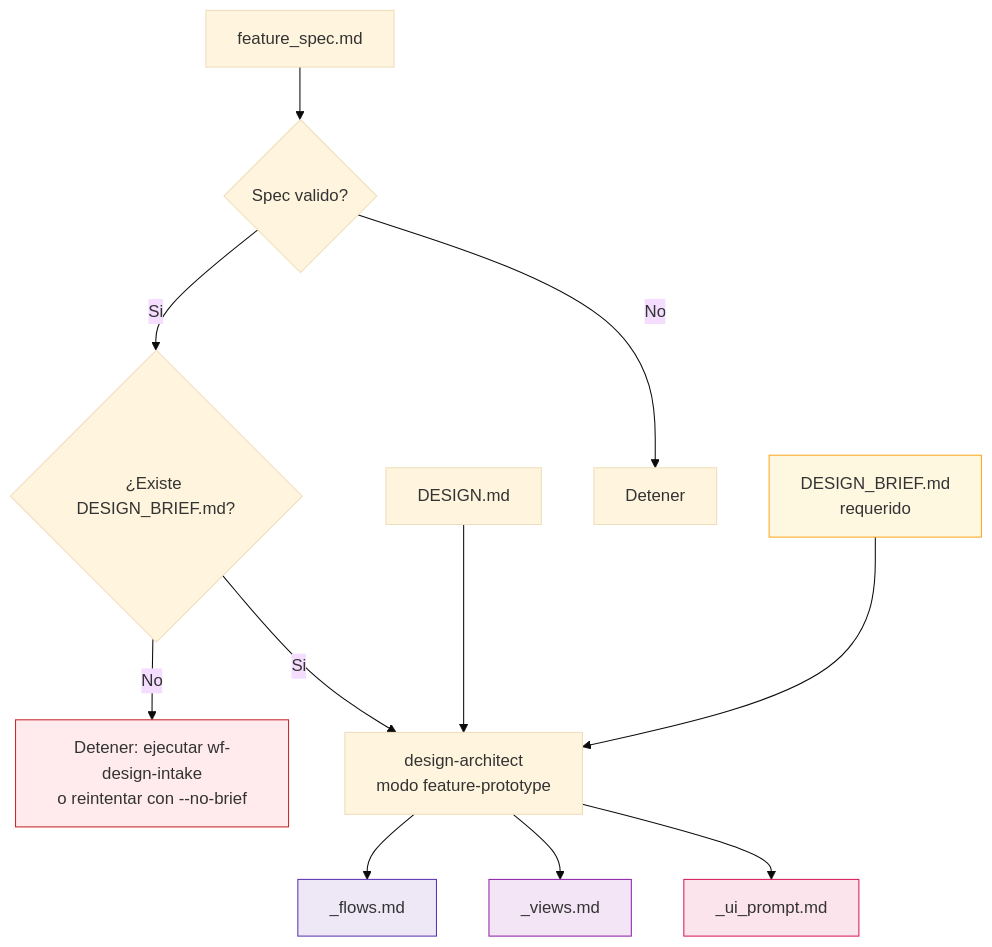
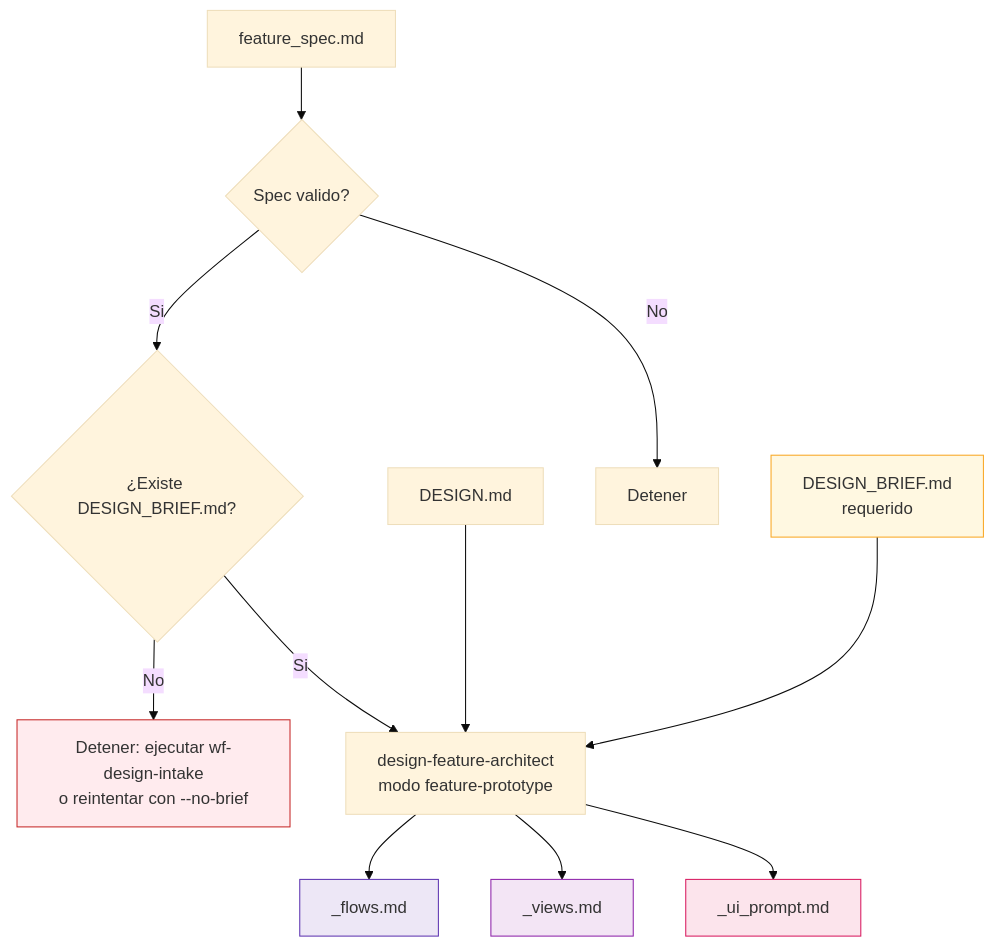
The fourth of 9 diagrams in sdd/pipeline/design/DIAGRAMS.md (OspofeDeveloper/ai-dev-agents-lab), drawn with Mermaid (base theme) before and after one commit. The commit also changed other lines of this file and 42 other files, not shown here.

Commit message:
DONE: Ajustar flujo init-project; DONE: Separar agentes de design según agnostico o feature

````diff
--- a/sdd/pipeline/design/DIAGRAMS.md
+++ b/sdd/pipeline/design/DIAGRAMS.md
@@ -168,22 +168,22 @@
 ```mermaid
 flowchart TD
     Spec[feature_spec.md]
     DesignFile[DESIGN.md]
     Brief[DESIGN_BRIEF.md<br/>requerido]
     Spec --> Check{"Spec valido?"}
     Check -->|No| Stop[Detener]
     Check -->|Si| BriefGate{"¿Existe DESIGN_BRIEF.md?"}
     BriefGate -->|No| StopBrief["Detener: ejecutar wf-design-intake<br/>o reintentar con --no-brief"]
-    BriefGate -->|Si| Agent["design-architect<br/>modo feature-prototype"]
+    BriefGate -->|Si| Agent["design-feature-architect<br/>modo feature-prototype"]
     DesignFile --> Agent
     Brief --> Agent
     Agent --> Flows["<feature>_flows.md"]
     Agent --> Views["<feature>_views.md"]
     Agent --> Prompt["<feature>_ui_prompt.md"]
 
     style Flows fill:#ede7f6,stroke:#5e35b1
     style Views fill:#f3e5f5,stroke:#8e24aa
     style Prompt fill:#fce4ec,stroke:#d81b60
     style Brief fill:#fff8e1,stroke:#f9a825
     style StopBrief fill:#ffebee,stroke:#c62828
 ```
````
